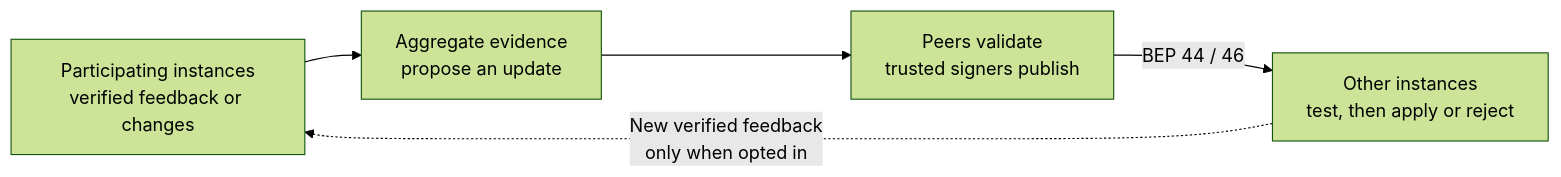
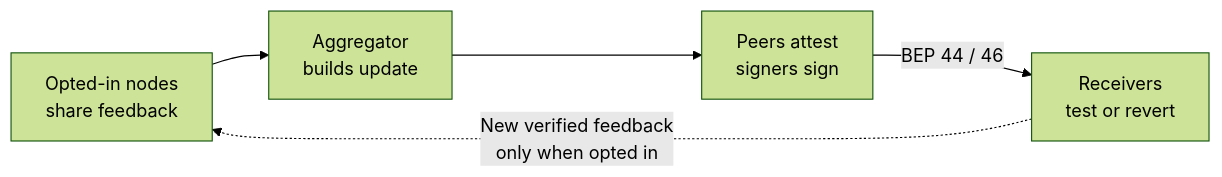
The diagram in docs/distributed-updates.md (spencernorton/armiger), drawn with Mermaid (forest theme) before and after one commit. The commit also changed other lines of this file and 1 other file, not shown here.

````diff
--- a/docs/distributed-updates.md
+++ b/docs/distributed-updates.md
@@ -20,7 +20,7 @@
 ```mermaid
 flowchart LR
-    feedback["Participating instances<br/>verified feedback or changes"] --> build["Aggregate evidence<br/>propose an update"]
-    build --> review["Peers validate<br/>trusted signers publish"]
-    review -->|BEP 44 / 46| receive["Other instances<br/>test, then apply or reject"]
+    feedback["Opted-in nodes<br/>share feedback"] --> build["Aggregator<br/>builds update"]
+    build --> review["Peers attest<br/>signers sign"]
+    review -->|BEP 44 / 46| receive["Receivers<br/>test or revert"]
     receive -. "New verified feedback<br/>only when opted in" .-> feedback
 ```
````
